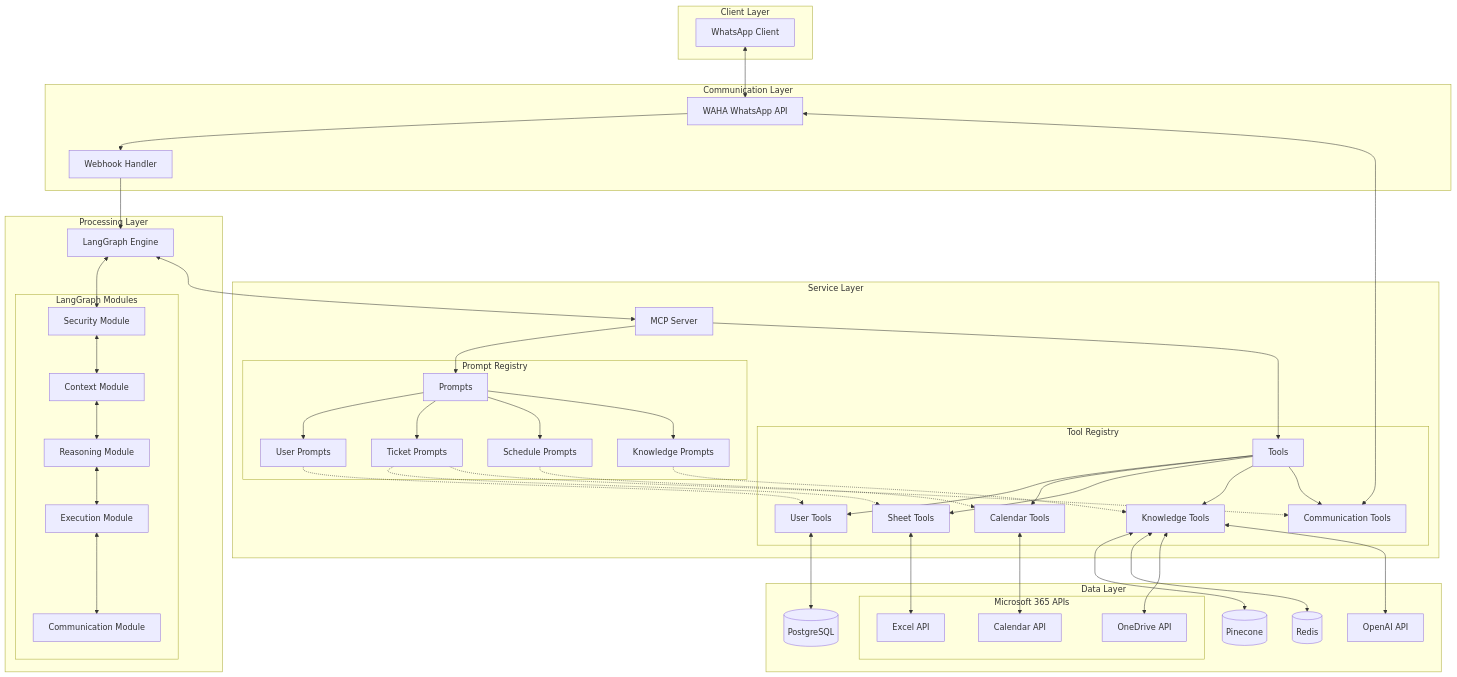
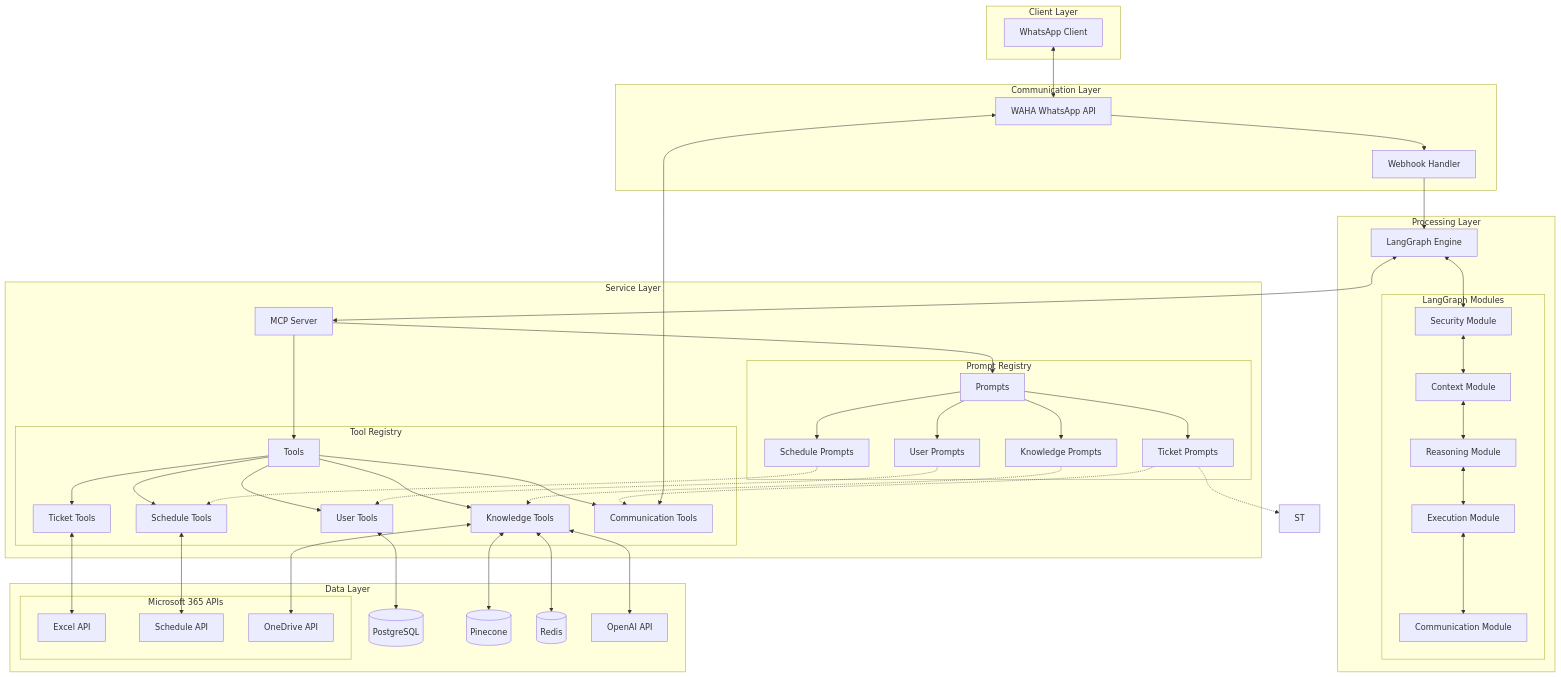
One commit to mcholismalik/aiva-eng-spec changed the first of 9 diagrams in readme.md. Above: the diagram before and after it, drawn with Mermaid. The commit also changed other lines of this file, not shown here.

```diff
--- a/readme.md
+++ b/readme.md
@@ -161,8 +160,8 @@
         subgraph "Tool Registry"
             TR[Tools]
             UT[User Tools]
-            CT[Calendar Tools]
-            ST[Sheet Tools]
+            SCT[Schedule Tools]
+            TT[Ticket Tools]
             KT[Knowledge Tools]
             CMT[Communication Tools]
         end
@@ -174,7 +173,7 @@
         RD[(Redis)]
         subgraph "Microsoft 365 APIs"
             EXL[Excel API]
-            CAL[Calendar API]
+            CAL[Schedule API]
             OD[OneDrive API]
         end
         OAI[OpenAI API]
@@ -199,20 +198,20 @@
     PR --> KP
     
     TR --> UT
-    TR --> CT
-    TR --> ST
+    TR --> SCT
+    TR --> TT
     TR --> KT
     TR --> CMT
     
     UP -.-> UT
     TP -.-> ST
     TP -.-> CMT
-    SP -.-> CT
+    SP -.-> SCT
     KP -.-> KT
     
     UT <--> PG
-    CT <--> CAL
-    ST <--> EXL
+    SCT <--> CAL
+    TT <--> EXL
     KT <--> PC
     KT <--> RD
     KT <--> OD
```
